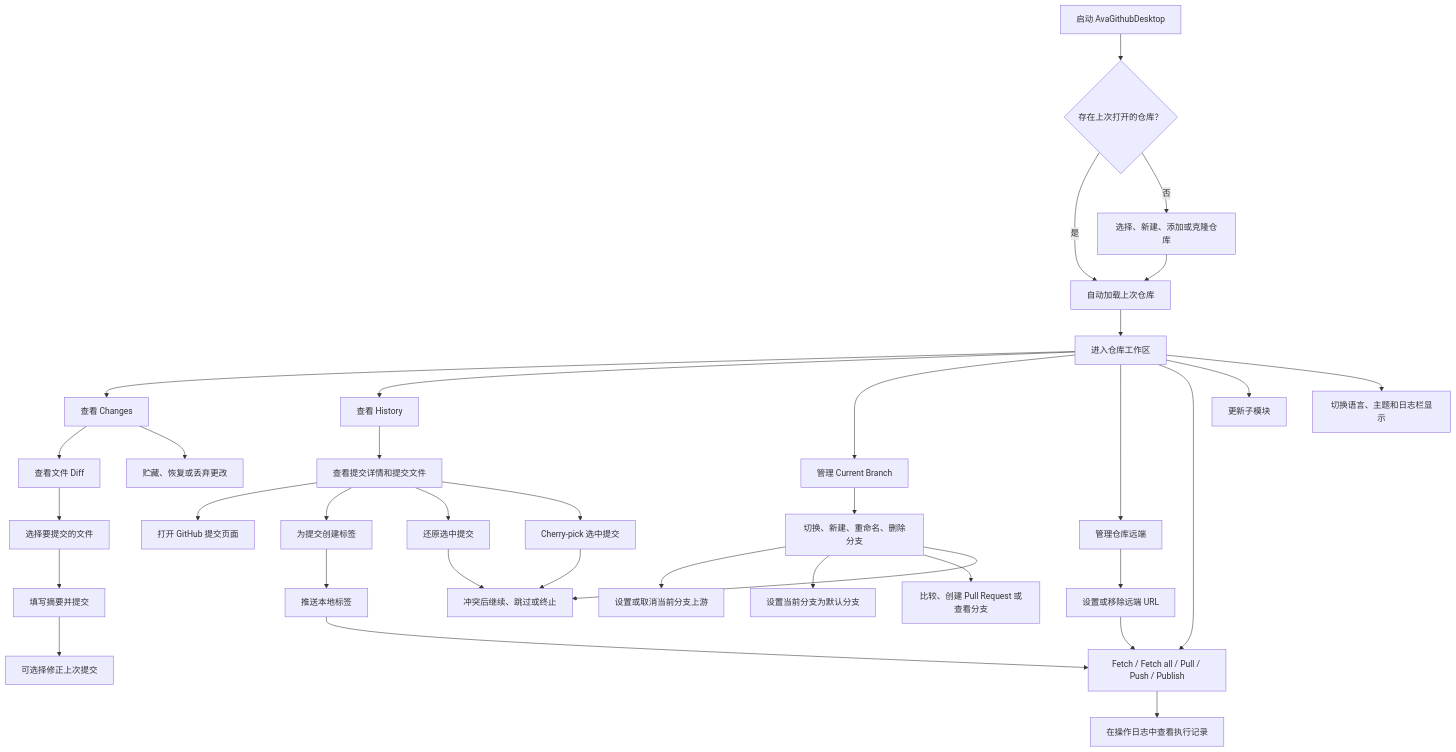
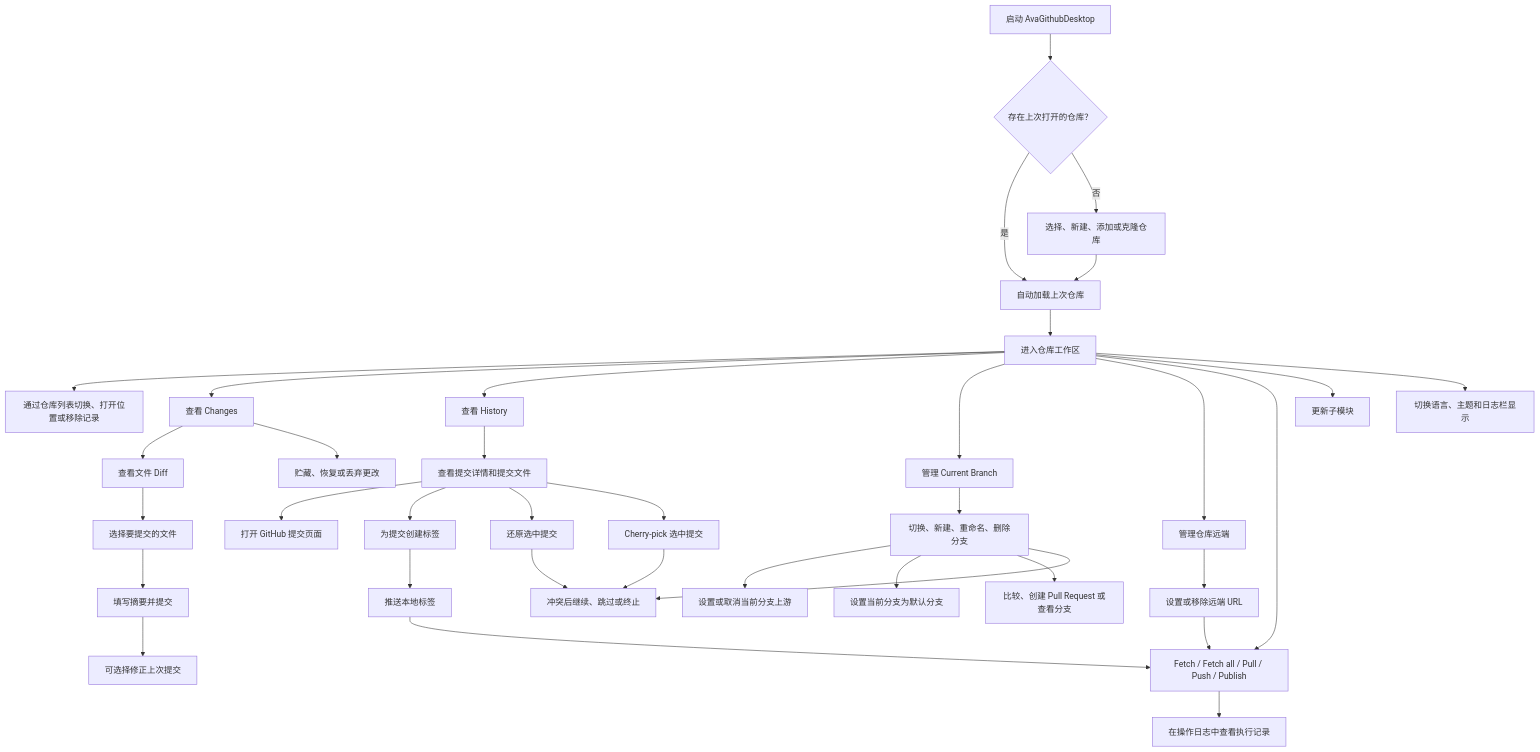
Before and after one commit to dotnet9/AvaGithubDesktop: the diagram in docs/AvaGithubDesktop需求文档.md, drawn with Mermaid. The commit also changed other lines of this file and 11 other files, not shown here.

````diff
--- a/docs/AvaGithubDesktop需求文档.md
+++ b/docs/AvaGithubDesktop需求文档.md
@@ -48,37 +48,38 @@
 ```mermaid
 flowchart TD
     Start["启动 AvaGithubDesktop"] --> Restore{"存在上次打开的仓库？"}
     Restore -->|是| LoadRepo["自动加载上次仓库"]
     Restore -->|否| PickRepo["选择、新建、添加或克隆仓库"]
     PickRepo --> LoadRepo
     LoadRepo --> Workspace["进入仓库工作区"]
+    Workspace --> RepoList["通过仓库列表切换、打开位置或移除记录"]
     Workspace --> Changes["查看 Changes"]
     Workspace --> History["查看 History"]
     Workspace --> Branch["管理 Current Branch"]
     Workspace --> Remote["管理仓库远端"]
     Workspace --> Sync["Fetch / Fetch all / Pull / Push / Publish"]
     Changes --> ReviewDiff["查看文件 Diff"]
     ReviewDiff --> SelectFiles["选择要提交的文件"]
     SelectFiles --> Commit["填写摘要并提交"]
     Commit --> Amend["可选择修正上次提交"]
     Changes --> Stash["贮藏、恢复或丢弃更改"]
     History --> CommitDetail["查看提交详情和提交文件"]
     CommitDetail --> OpenCommit["打开 GitHub 提交页面"]
     CommitDetail --> CreateTag["为提交创建标签"]
     CommitDetail --> RevertCommit["还原选中提交"]
     CommitDetail --> CherryPick["Cherry-pick 选中提交"]
     RevertCommit --> ConflictOps
     CherryPick --> ConflictOps
     Branch --> BranchOps["切换、新建、重命名、删除分支"]
     BranchOps --> UpstreamOps["设置或取消当前分支上游"]
     BranchOps --> DefaultBranch["设置当前分支为默认分支"]
     BranchOps --> BranchGitHub["比较、创建 Pull Request 或查看分支"]
     BranchOps --> ConflictOps["冲突后继续、跳过或终止"]
     Remote --> RemoteOps["设置或移除远端 URL"]
     RemoteOps --> Sync
     CreateTag --> PushTags["推送本地标签"]
     PushTags --> Sync
     Sync --> OperationLog["在操作日志中查看执行记录"]
     Workspace --> Submodules["更新子模块"]
     Workspace --> Settings["切换语言、主题和日志栏显示"]
 ```
````
